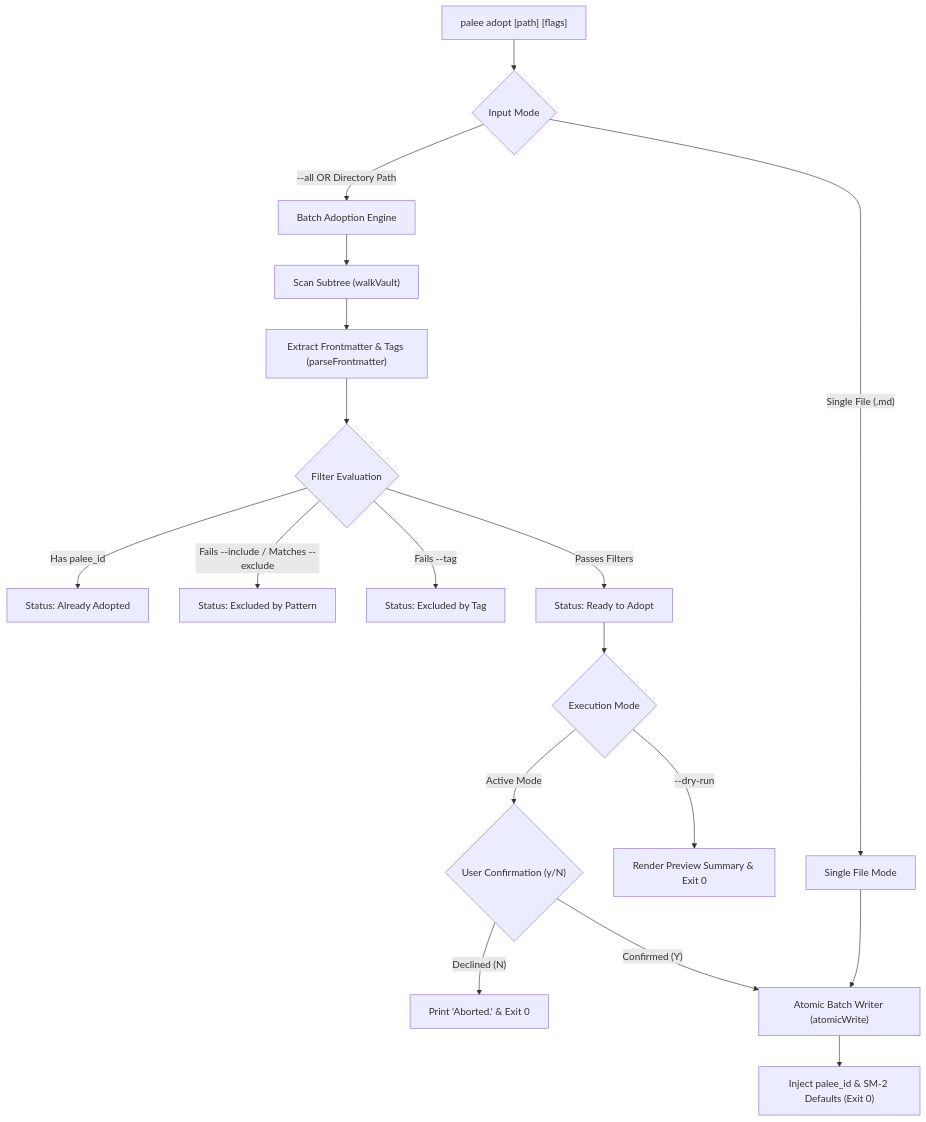
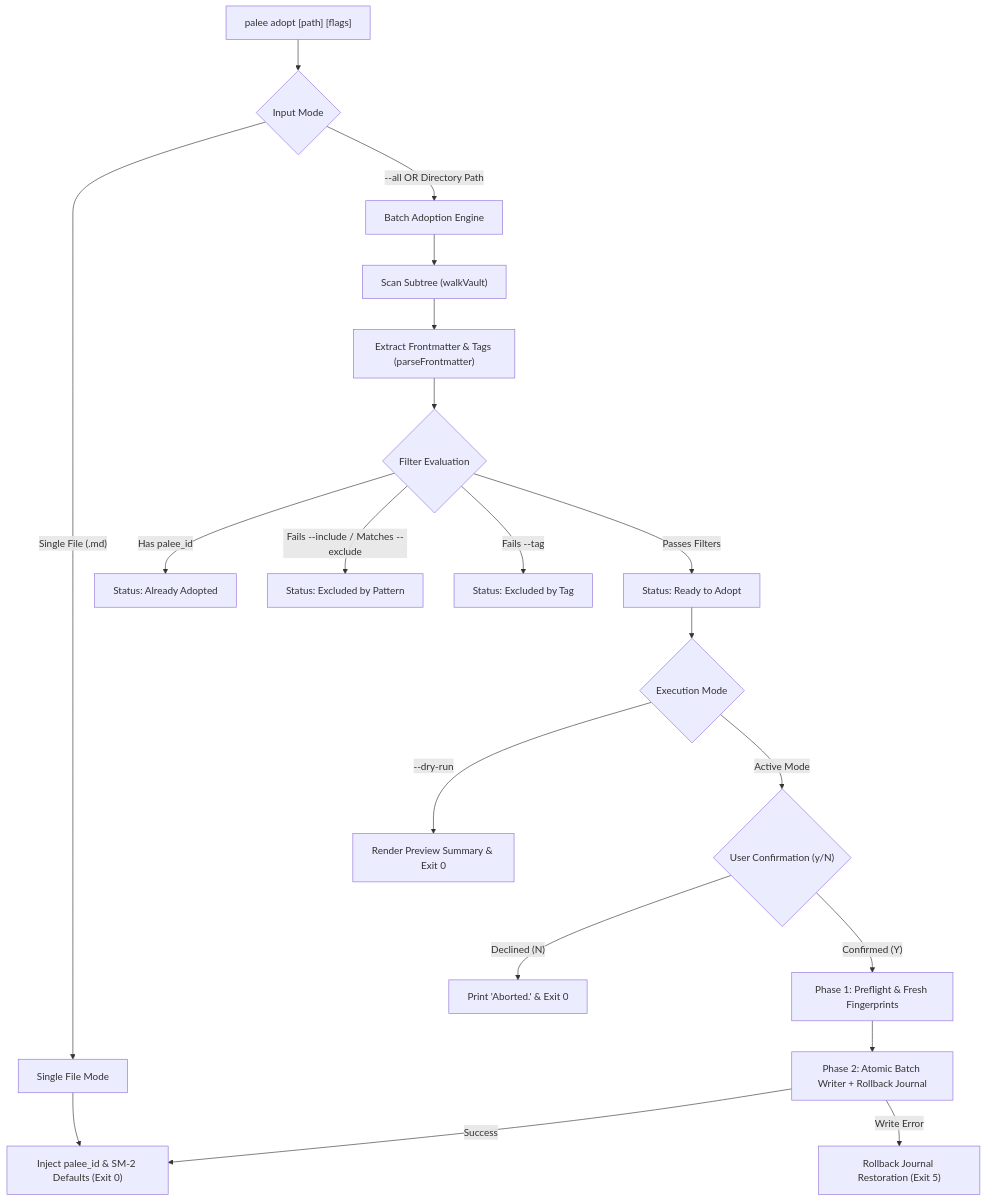
The first of 2 diagrams in docs/02-1-topic-management-commands.md (Kuldeep2822k/cli), drawn with Mermaid before and after one commit. The commit also changed other lines of this file and 4 other files, not shown here.

First line of the commit message:
fix(adopt): address code reviews for title fallback, batch rollback, and glob root matching

````diff
--- a/docs/02-1-topic-management-commands.md
+++ b/docs/02-1-topic-management-commands.md
@@ -66,25 +66,27 @@
 ```mermaid
 flowchart TD
     A["palee adopt [path] [flags]"] --> B{"Input Mode"}
 
     B -->|"Single File (.md)"| C["Single File Mode"]
     B -->|"--all OR Directory Path"| D["Batch Adoption Engine"]
 
     D --> E["Scan Subtree (walkVault)"]
     E --> F["Extract Frontmatter & Tags (parseFrontmatter)"]
     
     F --> G{"Filter Evaluation"}
     G -->|"Has palee_id"| H["Status: Already Adopted"]
     G -->|"Fails --include / Matches --exclude"| I["Status: Excluded by Pattern"]
     G -->|"Fails --tag"| J["Status: Excluded by Tag"]
     G -->|"Passes Filters"| K["Status: Ready to Adopt"]
 
     K --> L{"Execution Mode"}
     L -->|"--dry-run"| M["Render Preview Summary & Exit 0"]
     L -->|"Active Mode"| N{"User Confirmation (y/N)"}
     
     N -->|"Declined (N)"| O["Print 'Aborted.' & Exit 0"]
-    N -->|"Confirmed (Y)"| P["Atomic Batch Writer (atomicWrite)"]
-    P --> Q["Inject palee_id & SM-2 Defaults (Exit 0)"]
-    C --> P
+    N -->|"Confirmed (Y)"| P["Phase 1: Preflight & Fresh Fingerprints"]
+    P --> Q["Phase 2: Atomic Batch Writer + Rollback Journal"]
+    Q -->|"Success"| R["Inject palee_id & SM-2 Defaults (Exit 0)"]
+    Q -->|"Write Error"| S["Rollback Journal Restoration (Exit 5)"]
+    C --> R
 ```
````
